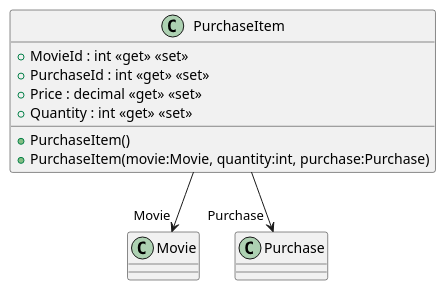
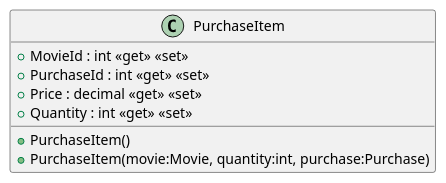
The diagram in src/AppForMovies.API/ClassDiagram/PurchaseItem.puml (Ingenieria-del-Software-II-ESIIAB/AppForMovies), drawn with PlantUML before and after one commit. The commit also changed 23 other files, not shown here.

First line of the commit message:
Diagrams and warnings (#66)

```diff
--- a/src/AppForMovies.API/ClassDiagram/PurchaseItem.puml
+++ b/src/AppForMovies.API/ClassDiagram/PurchaseItem.puml
@@ -1,12 +1,11 @@
 @startuml
 class PurchaseItem {
     + PurchaseItem()
     + PurchaseItem(movie:Movie, quantity:int, purchase:Purchase)
     + MovieId : int <<get>> <<set>>
     + PurchaseId : int <<get>> <<set>>
     + Price : decimal <<get>> <<set>>
     + Quantity : int <<get>> <<set>>
 }
-PurchaseItem --> "Movie" Movie
-PurchaseItem --> "Purchase" Purchase
+
 @enduml
```
